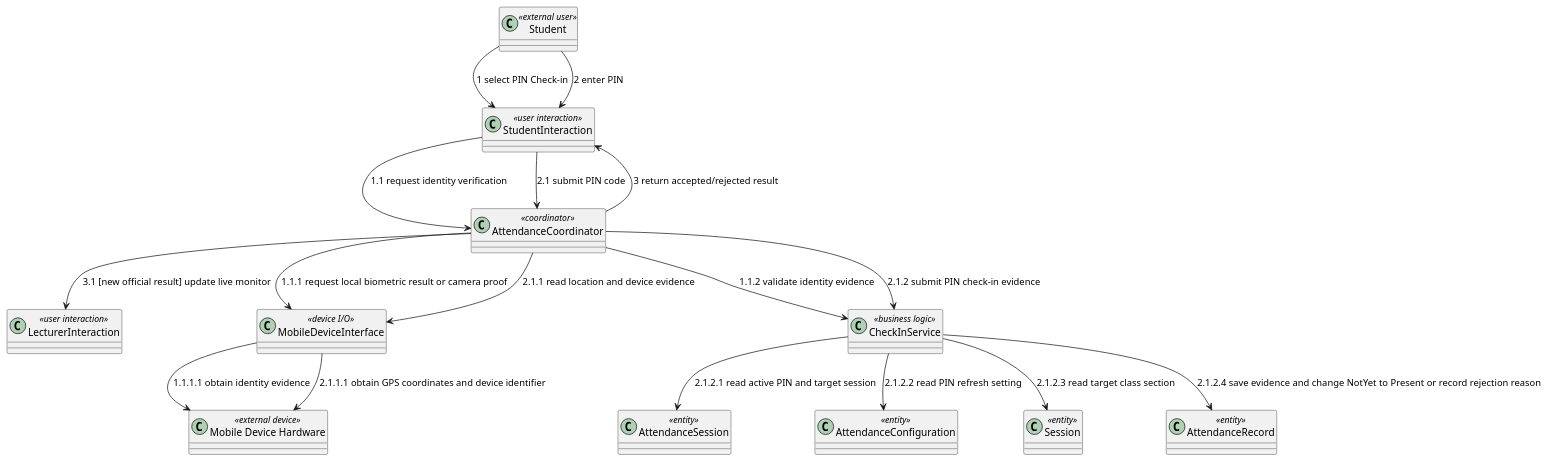
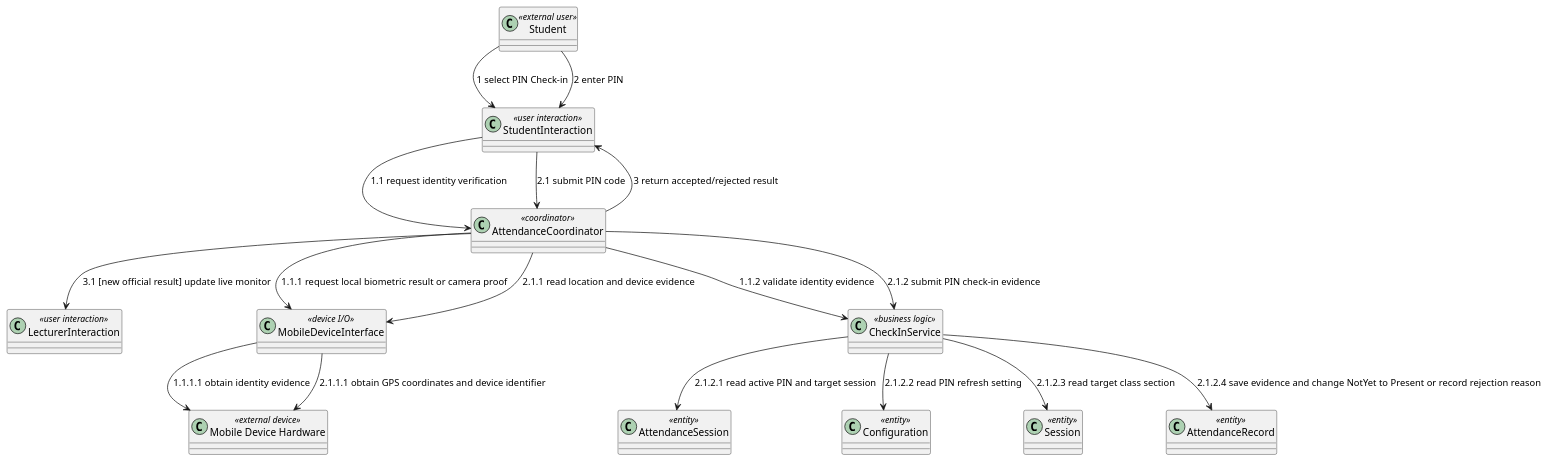
Before and after one commit to nttung42/SWD392: diagram 14 of 26 in docs/rds/2_Analysis.md, drawn with PlantUML. The commit also changed other lines of this file and 2 other files, not shown here.

````diff
--- a/docs/rds/2_Analysis.md
+++ b/docs/rds/2_Analysis.md
@@ -638,32 +639,32 @@
 ```plantuml
 @startuml
 class "Student" as Student <<external user>>
 class "Mobile Device Hardware" as MobileHardware <<external device>>
 class "StudentInteraction" as StudentUI <<user interaction>>
 class "LecturerInteraction" as LecturerUI <<user interaction>>
 class "AttendanceCoordinator" as CheckInControl <<coordinator>>
 class "MobileDeviceInterface" as MobileSensor <<device I/O>>
 class "CheckInService" as AttendanceRules <<business logic>>
 class "AttendanceSession" as AttendanceSession <<entity>>
-class "AttendanceConfiguration" as AttendanceConfig <<entity>>
+class "Configuration" as Configuration <<entity>>
 class "Session" as Session <<entity>>
 class "AttendanceRecord" as AttendanceRecord <<entity>>
 
 Student --> StudentUI : 1 select PIN Check-in
 StudentUI --> CheckInControl : 1.1 request identity verification
 CheckInControl --> MobileSensor : 1.1.1 request local biometric result or camera proof
 MobileSensor --> MobileHardware : 1.1.1.1 obtain identity evidence
 CheckInControl --> AttendanceRules : 1.1.2 validate identity evidence
 Student --> StudentUI : 2 enter PIN
 StudentUI --> CheckInControl : 2.1 submit PIN code
 CheckInControl --> MobileSensor : 2.1.1 read location and device evidence
 MobileSensor --> MobileHardware : 2.1.1.1 obtain GPS coordinates and device identifier
 CheckInControl --> AttendanceRules : 2.1.2 submit PIN check-in evidence
 AttendanceRules --> AttendanceSession : 2.1.2.1 read active PIN and target session
-AttendanceRules --> AttendanceConfig : 2.1.2.2 read PIN refresh setting
+AttendanceRules --> Configuration : 2.1.2.2 read PIN refresh setting
 AttendanceRules --> Session : 2.1.2.3 read target class section
 AttendanceRules --> AttendanceRecord : 2.1.2.4 save evidence and change NotYet to Present or record rejection reason
 CheckInControl --> StudentUI : 3 return accepted/rejected result
 CheckInControl --> LecturerUI : 3.1 [new official result] update live monitor
 @enduml
 ```
````
